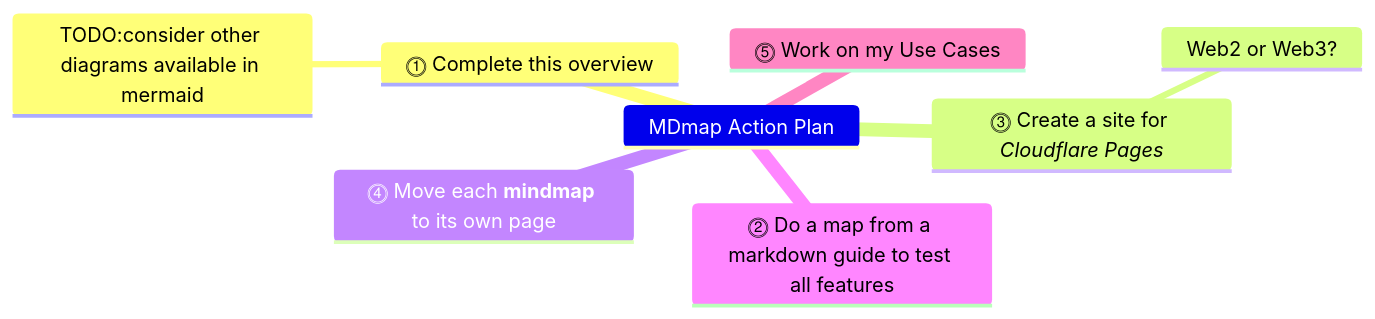
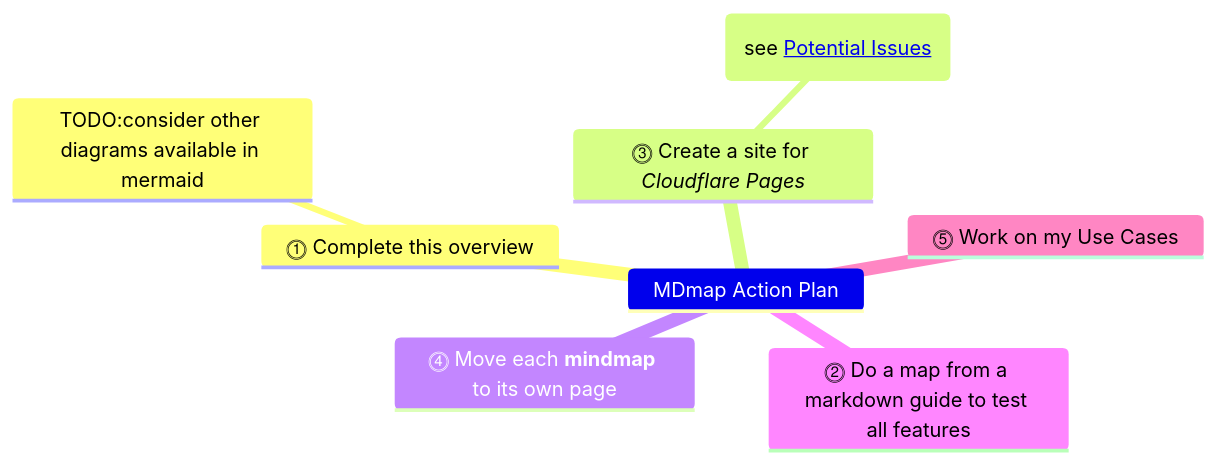
The fifth of 7 diagrams in README.md (kct2020/mddiag), drawn with Mermaid before and after one commit. The commit also changed other lines of this file, not shown here.

````diff
--- a/README.md
+++ b/README.md
@@ -101,11 +131,11 @@
 ```mermaid
 mindmap
 MDmap Action Plan
   ⓵ Complete this overview
     TODO:consider other diagrams available in mermaid
   ⓷ Create a site for *Cloudflare Pages*
-    Web2 or Web3?
+    Web2 or Web3? (see <a href='https://github.com/kct2020/mdmap?tab=readme-ov-file#mdmap-potential-issues'>Potential Issues</a>)
   ⓸ Move each **mindmap** to its own page
   ⓶ Do a map from a markdown guide to test all features
   ⓹ Work on my Use Cases
 ```
````
